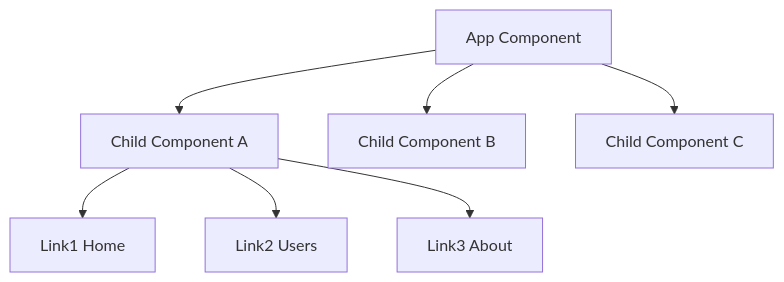
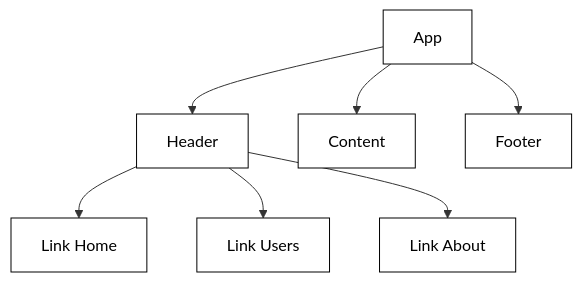
Before and after one commit to mjcleme/cs260v2: the diagram in instruction/webFrameworks/react/components/components.md, drawn with Mermaid.

Commit message:
update(☑ Components)

````diff
--- a/instruction/webFrameworks/react/components/components.md
+++ b/instruction/webFrameworks/react/components/components.md
@@ -66,12 +66,14 @@
 ```mermaid
 graph TD
-    App[App Component]
+    classDef default fill:#ffffff,stroke:#000000,color:#000000,stroke-width:1px;
+
+    App
     
-    App --> Header[Child Component A]
-    App --> Content[Child Component B]
-    App --> Footer[Child Component C]
+    App --> Header
+    App --> Content
+    App --> Footer
     
-    Header --> Link1[Link1 Home]
-    Header --> Link2[Link2 Users]
-    Header --> Link3[Link3 About]
+    Header --> Link1[Link Home]
+    Header --> Link2[Link Users]
+    Header --> Link3[Link About]
 ```
````
